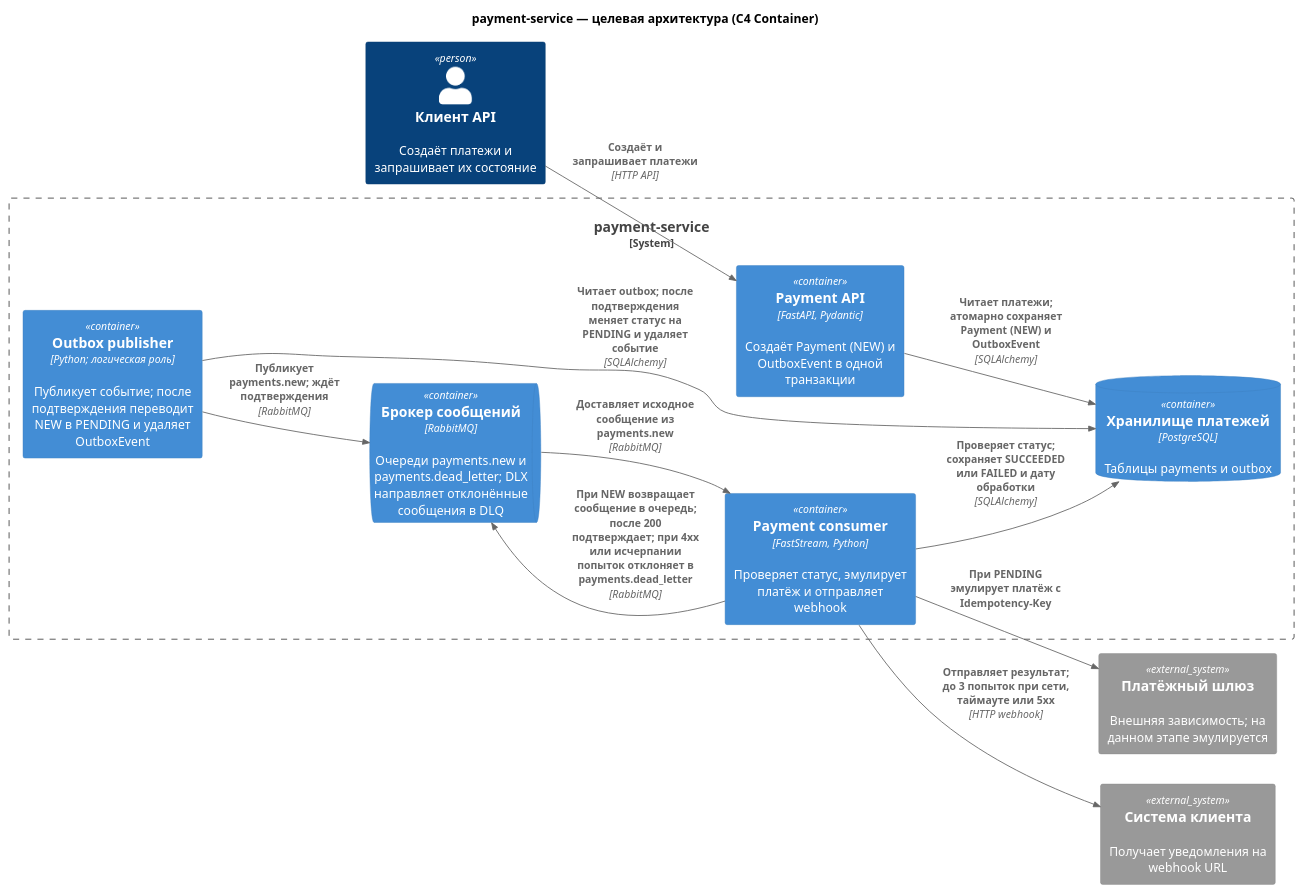
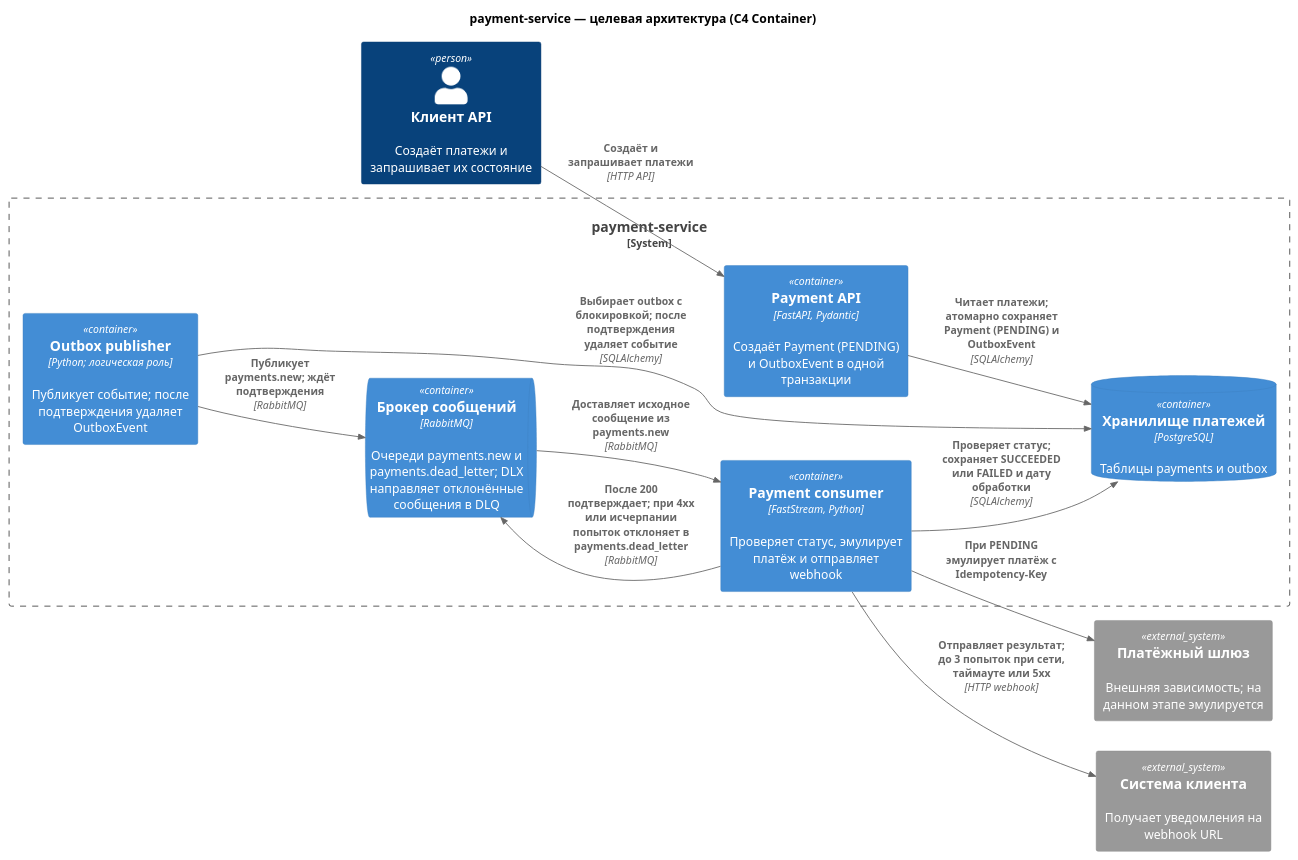
The diagram in docs/architecture/diagrams/payment-service-container.puml (devartpy/payment-service), drawn with PlantUML before and after one commit. The commit also changed 17 other files, not shown here.

First line of the commit message:
refactor(payments): remove new payment status

```diff
--- a/docs/architecture/diagrams/payment-service-container.puml
+++ b/docs/architecture/diagrams/payment-service-container.puml
@@ -1,29 +1,29 @@
 @startuml
 !include <C4/C4_Container>
 
 title payment-service — целевая архитектура (C4 Container)
 LAYOUT_LEFT_RIGHT()
 
 Person(client, "Клиент API", "Создаёт платежи и запрашивает их состояние")
 System_Ext(gateway, "Платёжный шлюз", "Внешняя зависимость; на данном этапе эмулируется")
 System_Ext(webhook, "Система клиента", "Получает уведомления на webhook URL")
 
 System_Boundary(service, "payment-service") {
-  Container(api, "Payment API", "FastAPI, Pydantic", "Создаёт Payment (NEW) и OutboxEvent в одной транзакции")
+  Container(api, "Payment API", "FastAPI, Pydantic", "Создаёт Payment (PENDING) и OutboxEvent в одной транзакции")
   ContainerDb(db, "Хранилище платежей", "PostgreSQL", "Таблицы payments и outbox")
-  Container(relay, "Outbox publisher", "Python; логическая роль", "Публикует событие; после подтверждения переводит NEW в PENDING и удаляет OutboxEvent")
+  Container(relay, "Outbox publisher", "Python; логическая роль", "Публикует событие; после подтверждения удаляет OutboxEvent")
   ContainerQueue(broker, "Брокер сообщений", "RabbitMQ", "Очереди payments.new и payments.dead_letter; DLX направляет отклонённые сообщения в DLQ")
   Container(consumer, "Payment consumer", "FastStream, Python", "Проверяет статус, эмулирует платёж и отправляет webhook")
 }
 
 Rel(client, api, "Создаёт и запрашивает платежи", "HTTP API")
-Rel(api, db, "Читает платежи; атомарно сохраняет Payment (NEW) и OutboxEvent", "SQLAlchemy")
-Rel(relay, db, "Читает outbox; после подтверждения меняет статус на PENDING и удаляет событие", "SQLAlchemy")
+Rel(api, db, "Читает платежи; атомарно сохраняет Payment (PENDING) и OutboxEvent", "SQLAlchemy")
+Rel(relay, db, "Выбирает outbox с блокировкой; после подтверждения удаляет событие", "SQLAlchemy")
 Rel(relay, broker, "Публикует payments.new; ждёт подтверждения", "RabbitMQ")
 Rel(broker, consumer, "Доставляет исходное сообщение из payments.new", "RabbitMQ")
 Rel(consumer, db, "Проверяет статус; сохраняет SUCCEEDED или FAILED и дату обработки", "SQLAlchemy")
 Rel(consumer, gateway, "При PENDING эмулирует платёж с Idempotency-Key")
 Rel(consumer, webhook, "Отправляет результат; до 3 попыток при сети, таймауте или 5xx", "HTTP webhook")
-Rel(consumer, broker, "При NEW возвращает сообщение в очередь; после 200 подтверждает; при 4xx или исчерпании попыток отклоняет в payments.dead_letter", "RabbitMQ")
+Rel(consumer, broker, "После 200 подтверждает; при 4xx или исчерпании попыток отклоняет в payments.dead_letter", "RabbitMQ")
 
 @enduml
```
